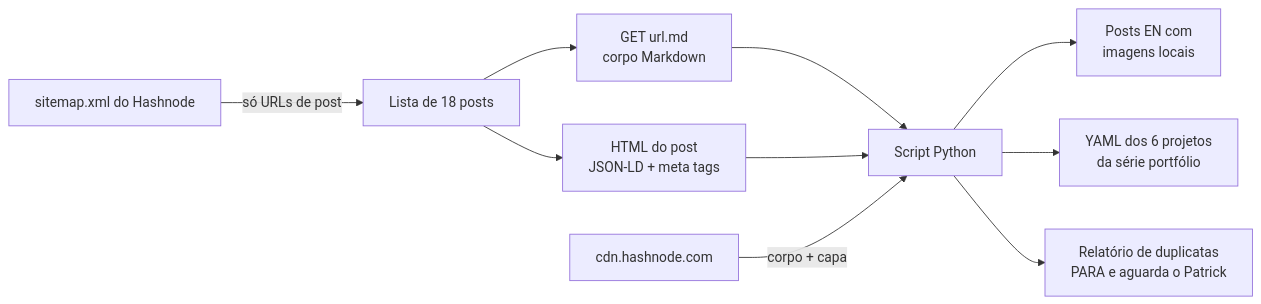
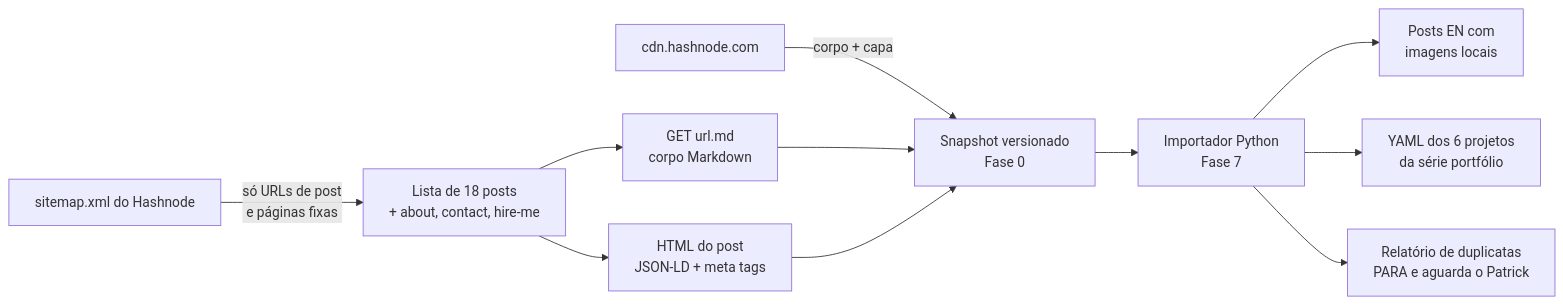
The third of 3 diagrams in docs/TDD.md (cpatrickalves/personal-site), drawn with Mermaid before and after one commit. The commit also changed other lines of this file and 6 other files, not shown here.

````diff
--- a/docs/TDD.md
+++ b/docs/TDD.md
@@ -203,12 +229,13 @@
 ```mermaid
 flowchart LR
-    A[sitemap.xml do Hashnode] -->|só URLs de post| B[Lista de 18 posts]
+    A[sitemap.xml do Hashnode] -->|só URLs de post<br/>e páginas fixas| B[Lista de 18 posts<br/>+ about, contact, hire-me]
     B --> C[GET url.md<br/>corpo Markdown]
     B --> D[HTML do post<br/>JSON-LD + meta tags]
-    C --> E[Script Python]
-    D --> E
-    F[cdn.hashnode.com] -->|corpo + capa| E
+    F[cdn.hashnode.com] -->|corpo + capa| S
+    C --> S[Snapshot versionado<br/>Fase 0]
+    D --> S
+    S --> E[Importador Python<br/>Fase 7]
     E --> G[Posts EN com<br/>imagens locais]
     E --> H[YAML dos 6 projetos<br/>da série portfólio]
     E --> I[Relatório de duplicatas<br/>PARA e aguarda o Patrick]
 ```
````
